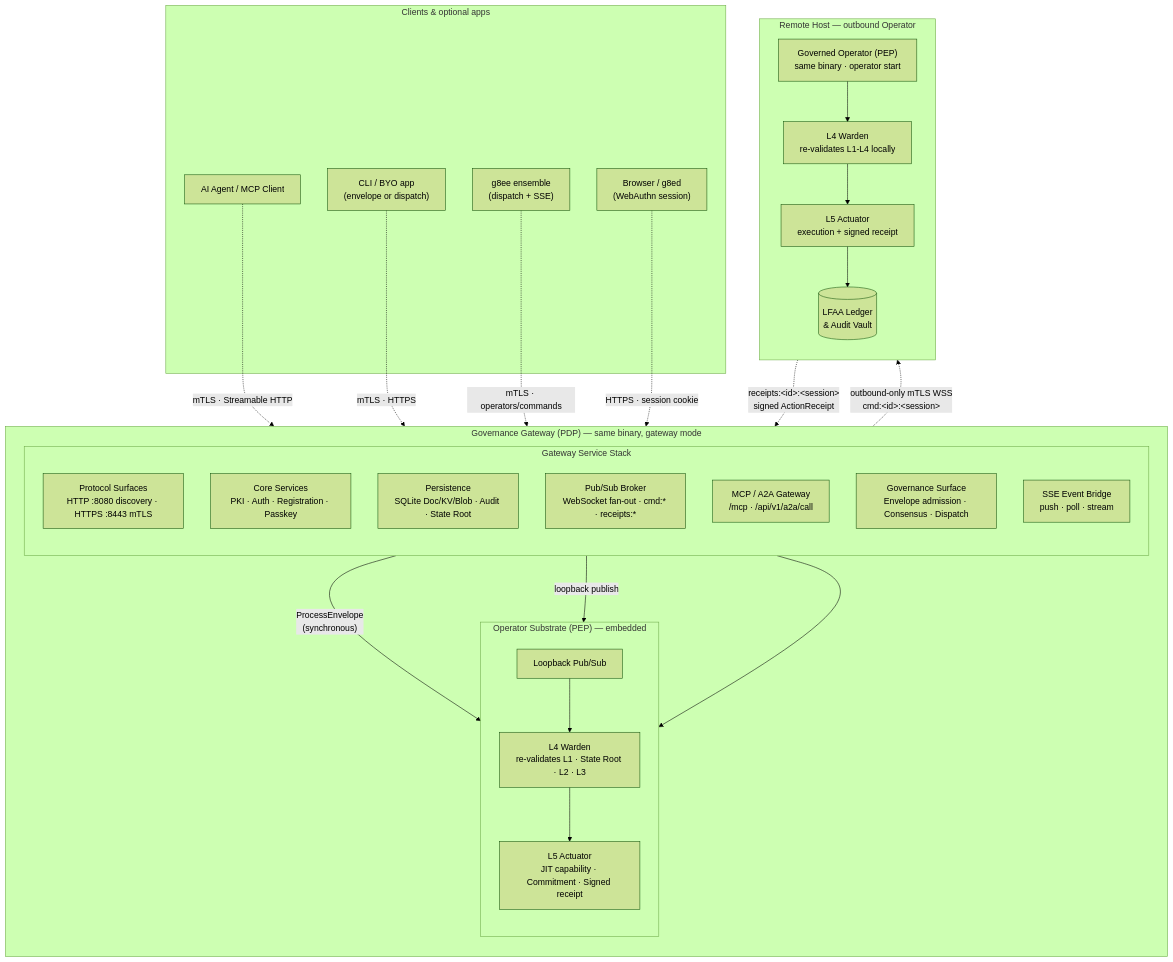
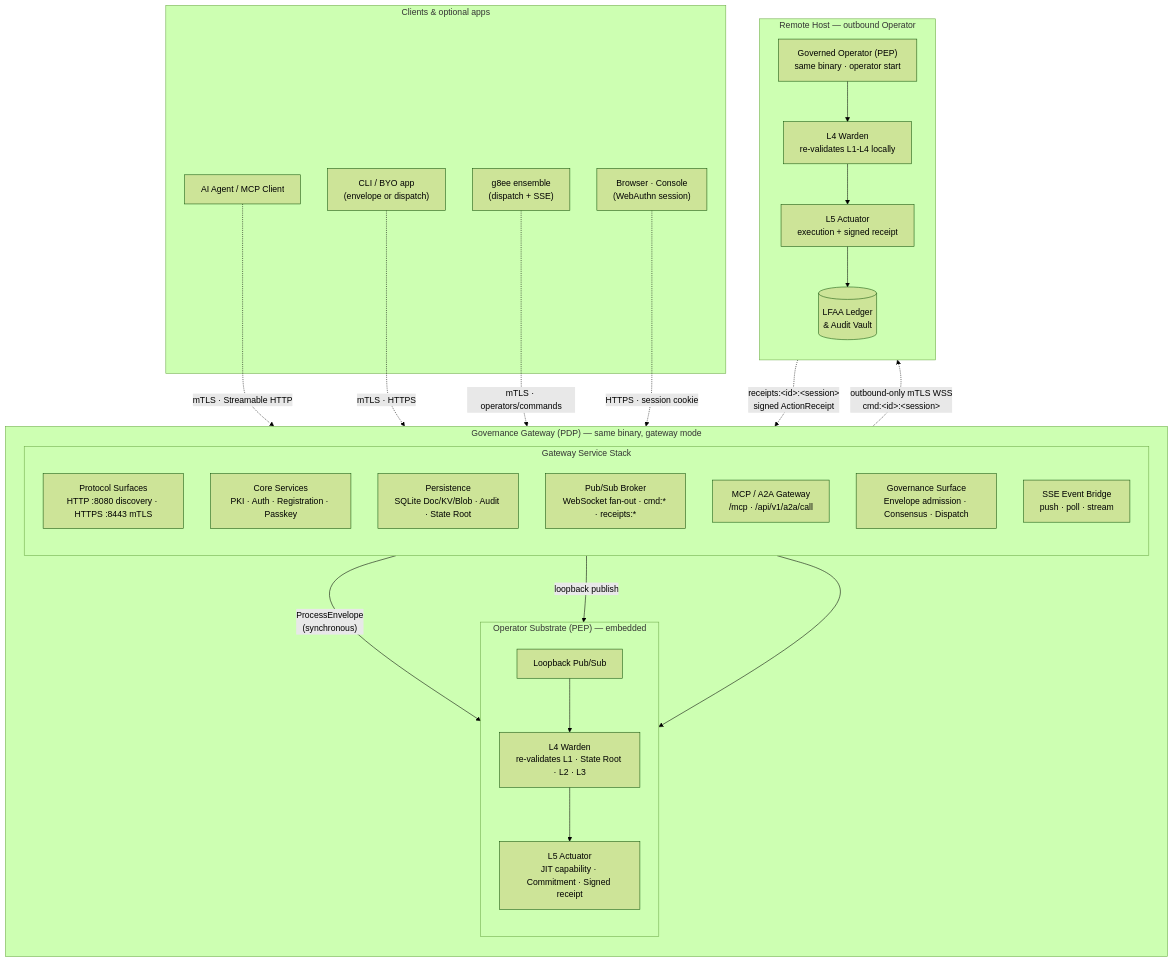
Before and after one commit to g8e-ai/g8e: the diagram in docs/diagrams/graph-system-50k.md, drawn with Mermaid (forest theme). The commit also changed other lines of this file and 1179 other files, not shown here.

````diff
--- a/docs/diagrams/graph-system-50k.md
+++ b/docs/diagrams/graph-system-50k.md
@@ -10,53 +10,53 @@
 ```mermaid
 graph TD
     subgraph GatewayProcess ["Governance Gateway (PDP) — same binary, gateway mode"]
         direction TB
 
         subgraph GWStack ["Gateway Service Stack"]
             direction TB
             Surfaces["Protocol Surfaces<br/>HTTP :8080 discovery · HTTPS :8443 mTLS"]
             Services["Core Services<br/>PKI · Auth · Registration · Passkey"]
             Persistence["Persistence<br/>SQLite Doc/KV/Blob · Audit · State Root"]
             Broker["Pub/Sub Broker<br/>WebSocket fan-out · cmd:* · receipts:*"]
             MCP["MCP / A2A Gateway<br/>/mcp · /api/v1/a2a/call"]
             Gov["Governance Surface<br/>Envelope admission · Consensus · Dispatch"]
             SSE["SSE Event Bridge<br/>push · poll · stream"]
         end
 
         subgraph OpSubstrate ["Operator Substrate (PEP) — embedded"]
             direction TB
             Loopback["Loopback Pub/Sub"]
             L4["L4 Warden<br/>re-validates L1 · State Root · L2 · L3"]
             L5["L5 Actuator<br/>JIT capability · Commitment · Signed receipt"]
             Loopback --> L4 --> L5
         end
 
         Gov -- "ProcessEnvelope<br/>(synchronous)" --> Loopback
         Broker -- "loopback publish" --> Loopback
         MCP --> Loopback
     end
 
     subgraph RemoteHost ["Remote Host — outbound Operator"]
         direction TB
         RemoteOp["Governed Operator (PEP)<br/>same binary · operator start"]
         RemoteL4["L4 Warden<br/>re-validates L1-L4 locally"]
         RemoteL5["L5 Actuator<br/>execution + signed receipt"]
         RemoteLedger[("LFAA Ledger<br/>& Audit Vault")]
         RemoteOp --> RemoteL4 --> RemoteL5 --> RemoteLedger
     end
 
     subgraph Clients ["Clients & optional apps"]
         Agent["AI Agent / MCP Client"]
         BYO["CLI / BYO app<br/>(envelope or dispatch)"]
         EE["g8ee ensemble<br/>(dispatch + SSE)"]
-        Browser["Browser / g8ed<br/>(WebAuthn session)"]
+        Browser["Browser · Console<br/>(WebAuthn session)"]
     end
 
     Agent -. "mTLS · Streamable HTTP" .-> Surfaces
     BYO -. "mTLS · HTTPS" .-> Gov
     EE -. "mTLS · operators/commands" .-> Gov
     Browser -. "HTTPS · session cookie" .-> Surfaces
 
     Broker -. "outbound-only mTLS WSS<br/>cmd:&lt;id&gt;:&lt;session&gt;" .-> RemoteOp
     RemoteOp -. "receipts:&lt;id&gt;:&lt;session&gt;<br/>signed ActionReceipt" .-> Broker
 ```
````
